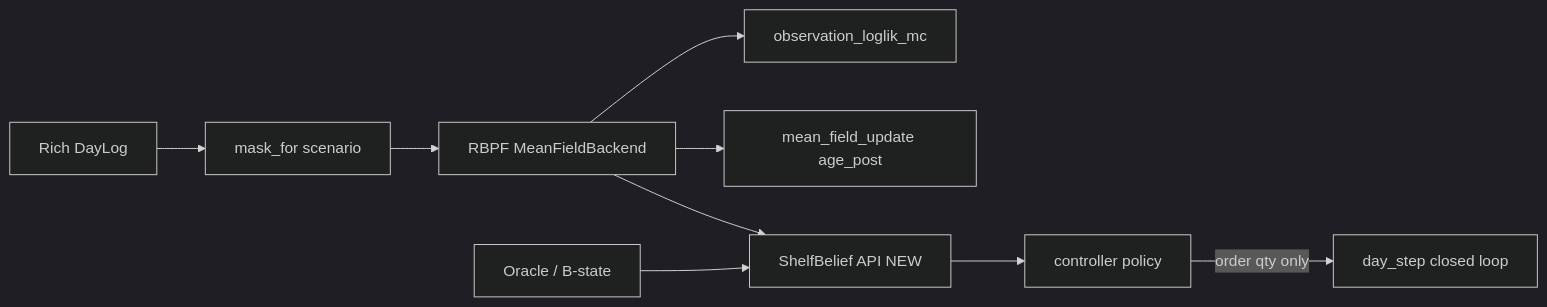
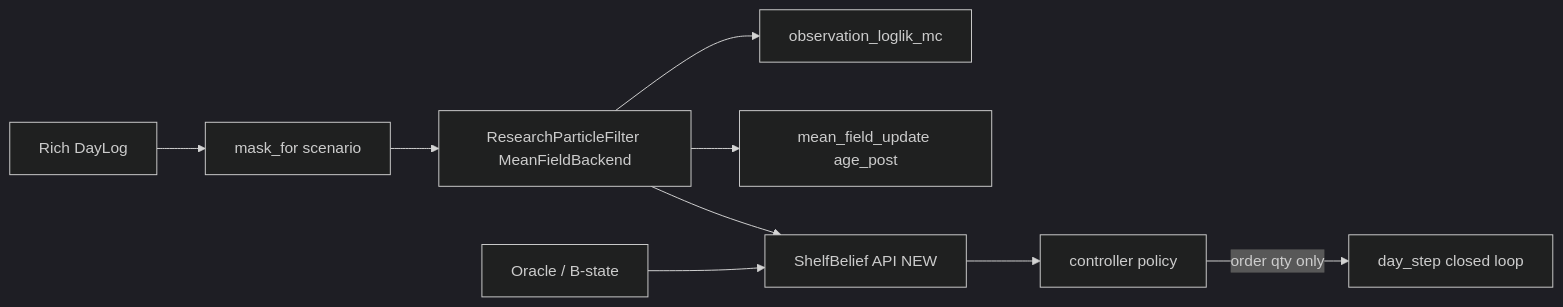
Before and after one commit to OliverEvans96/blueberries-voi: the diagram in .team/plans/M2-controller.md, drawn with Mermaid (dark theme). The commit also changed other lines of this file and 170 other files, not shown here.

First line of the commit message:
Rename rbpf terminology to particle_filter across the repo.

````diff
--- a/.team/plans/M2-controller.md
+++ b/.team/plans/M2-controller.md
@@ -64,17 +64,17 @@
 ```mermaid
 flowchart LR
   dayLog[Rich DayLog]
   mask[mask_for scenario]
-  rbpf[RBPF MeanFieldBackend]
+  particle_filter[ResearchParticleFilter MeanFieldBackend]
   mc[observation_loglik_mc]
   mf[mean_field_update age_post]
   bel[ShelfBelief API NEW]
   pol[controller policy]
-  dayLog --> mask --> rbpf
-  rbpf --> mc
-  rbpf --> mf
-  rbpf --> bel
+  dayLog --> mask --> particle_filter
+  particle_filter --> mc
+  particle_filter --> mf
+  particle_filter --> bel
   oracle[Oracle / B-state] --> bel
   bel --> pol
   pol -->|order qty only| sim[day_step closed loop]
 ```
````
